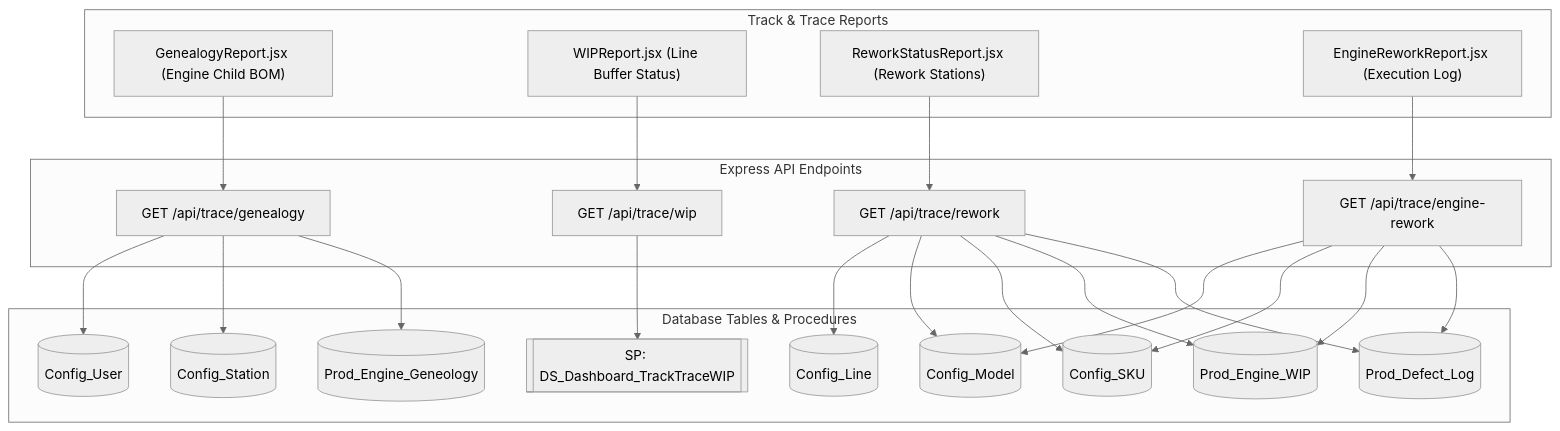
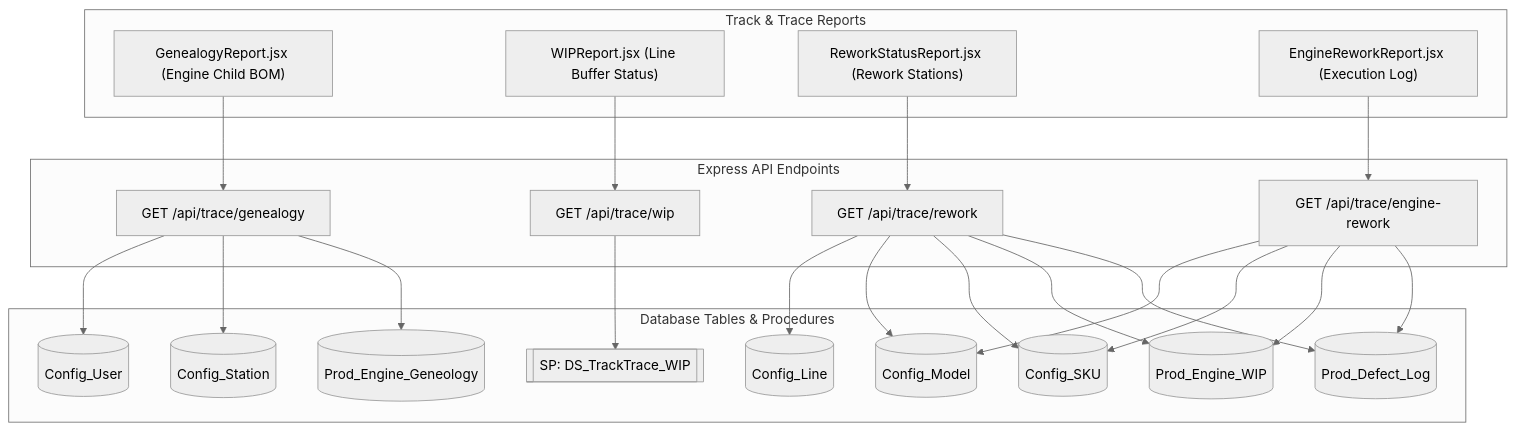
The sixth of 10 diagrams in docs/DATA_LINEAGE_AND_TABLE_MAPPING.md (Saksham1244/BajajDashboard), drawn with Mermaid (neutral theme) before and after one commit. The commit also changed other lines of this file and 69 other files, not shown here.

````diff
--- a/docs/DATA_LINEAGE_AND_TABLE_MAPPING.md
+++ b/docs/DATA_LINEAGE_AND_TABLE_MAPPING.md
@@ -232,38 +232,38 @@
 ```mermaid
 flowchart TD
     subgraph UI_Layer["Track & Trace Reports"]
         TR1["GenealogyReport.jsx (Engine Child BOM)"]
         TR2["WIPReport.jsx (Line Buffer Status)"]
         TR3["ReworkStatusReport.jsx (Rework Stations)"]
         TR4["EngineReworkReport.jsx (Execution Log)"]
     end
 
     subgraph API_Layer["Express API Endpoints"]
         E_TR1["GET /api/trace/genealogy"]
         E_TR2["GET /api/trace/wip"]
         E_TR3["GET /api/trace/rework"]
         E_TR4["GET /api/trace/engine-rework"]
     end
 
     subgraph DB_Layer["Database Tables & Procedures"]
         TT1[("Prod_Engine_Geneology")]
         TT2[("Prod_Engine_WIP")]
         TT3[("Prod_Defect_Log")]
         TT4[("Config_Station")]
         TT5[("Config_User")]
         TT6[("Config_SKU")]
         TT7[("Config_Model")]
         TT8[("Config_Line")]
-        SP_WIP[["SP: DS_Dashboard_TrackTraceWIP"]]
+        SP_WIP[["SP: DS_TrackTrace_WIP"]]
     end
 
     TR1 --> E_TR1
     TR2 --> E_TR2
     TR3 --> E_TR3
     TR4 --> E_TR4
 
     E_TR1 --> TT1 & TT4 & TT5
     E_TR2 --> SP_WIP
     E_TR3 --> TT3 & TT2 & TT6 & TT7 & TT8
     E_TR4 --> TT3 & TT2 & TT6 & TT7
 ```
````
